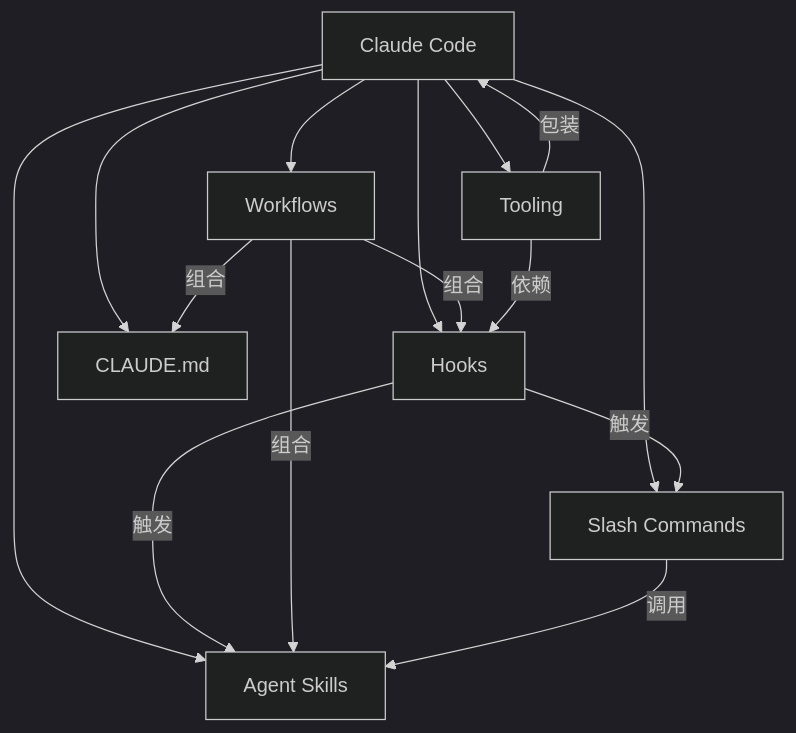
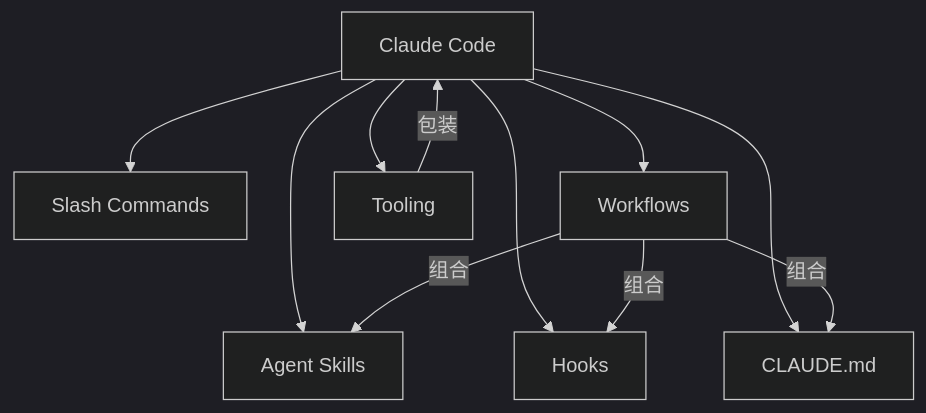
One commit to A1pha3/text-matrix changed the diagram in content/posts/tech/ai-agent/awesome-claude-code-resources-guide.md. Above: the diagram before and after it, drawn with Mermaid (dark theme). The commit also changed other lines of this file and 227 other files, not shown here.

````diff
--- a/content/posts/tech/ai-agent/awesome-claude-code-resources-guide.md
+++ b/content/posts/tech/ai-agent/awesome-claude-code-resources-guide.md
@@ -40,18 +41,14 @@
 ```mermaid
 graph TD
     CC[Claude Code] --> SK[Agent Skills]
-    CC --> WF[Workflows]
     CC --> HK[Hooks]
     CC --> SC[Slash Commands]
     CC --> MD[CLAUDE.md]
+    CC --> WF[Workflows]
     CC --> TL[Tooling]
 
-    HK -->|触发| SK
-    HK -->|触发| SC
     WF -->|组合| SK
     WF -->|组合| HK
     WF -->|组合| MD
-    SC -->|调用| SK
     TL -->|包装| CC
-    TL -->|依赖| HK
 ```
````
